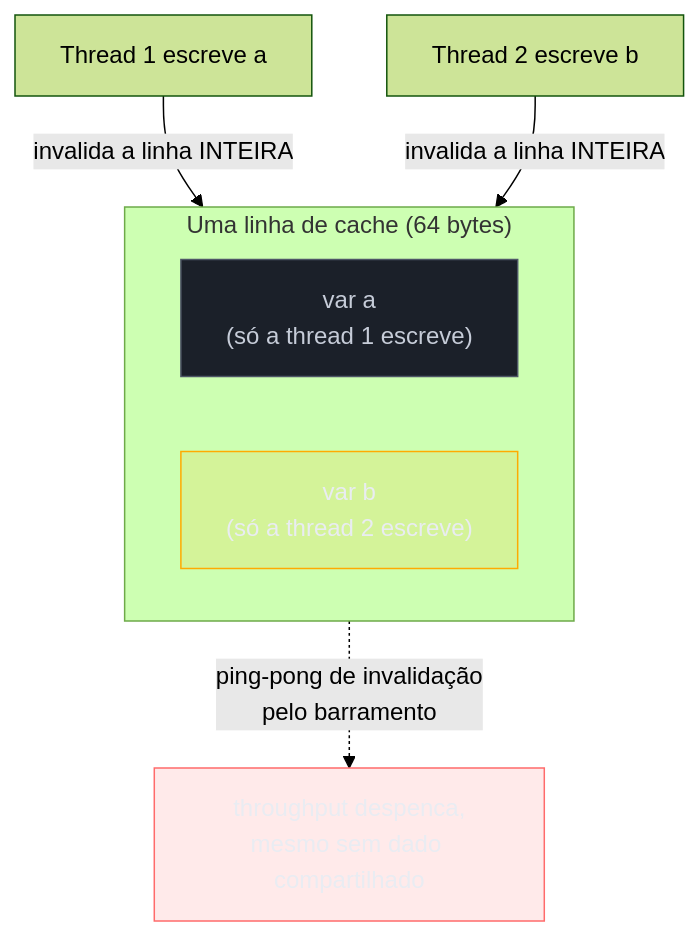
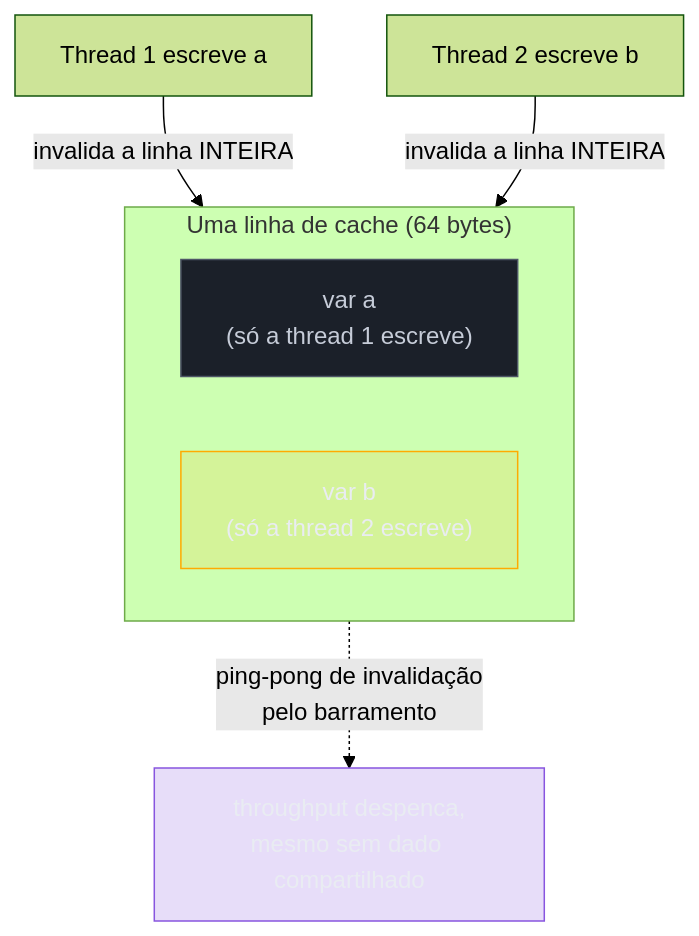
Before and after one commit to josenaldo/codex-technomanticus: the seventh of 8 diagrams in 03-Dominios/Ciência/Concorrência e Paralelismo/04 - Atomicidade, visibilidade e ordenação.md, drawn with Mermaid (forest theme). The commit also changed other lines of this file and 601 other files, not shown here.

````diff
--- a/03-Dominios/Ciência/Concorrência e Paralelismo/04 - Atomicidade, visibilidade e ordenação.md
+++ b/03-Dominios/Ciência/Concorrência e Paralelismo/04 - Atomicidade, visibilidade e ordenação.md
@@ -248,16 +247,16 @@
 ```mermaid
 flowchart TD
+    classDef marca fill:#8855DF33,stroke:#8855DF,color:#E9ECF2
     classDef neutro fill:#1B2029,stroke:#4E5666,color:#C6CCD8
     classDef destaque fill:#FFAA0024,stroke:#FFAA00,color:#E9ECF2
-    classDef falha fill:#FF6B6B24,stroke:#FF6B6B,color:#E9ECF2
     subgraph linha["Uma linha de cache (64 bytes)"]
         VA["var a<br/>(só a thread 1 escreve)"]
         VB["var b<br/>(só a thread 2 escreve)"]
     end
     T1["Thread 1 escreve a"] -->|"invalida a linha INTEIRA"| linha
     T2["Thread 2 escreve b"] -->|"invalida a linha INTEIRA"| linha
     linha -.->|"ping-pong de invalidação<br/>pelo barramento"| custo["throughput despenca,<br/>mesmo sem dado compartilhado"]
     class VA neutro
     class VB destaque
-    class custo falha
+    class custo marca
 ```
````
